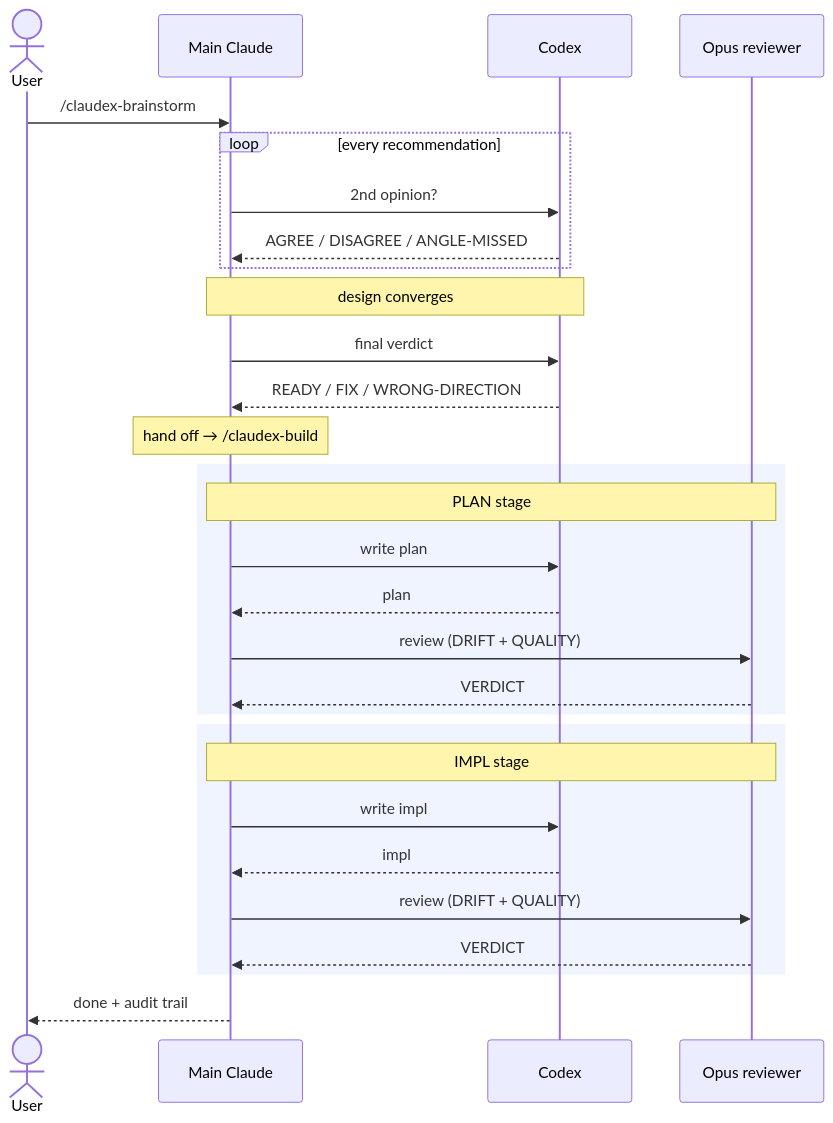
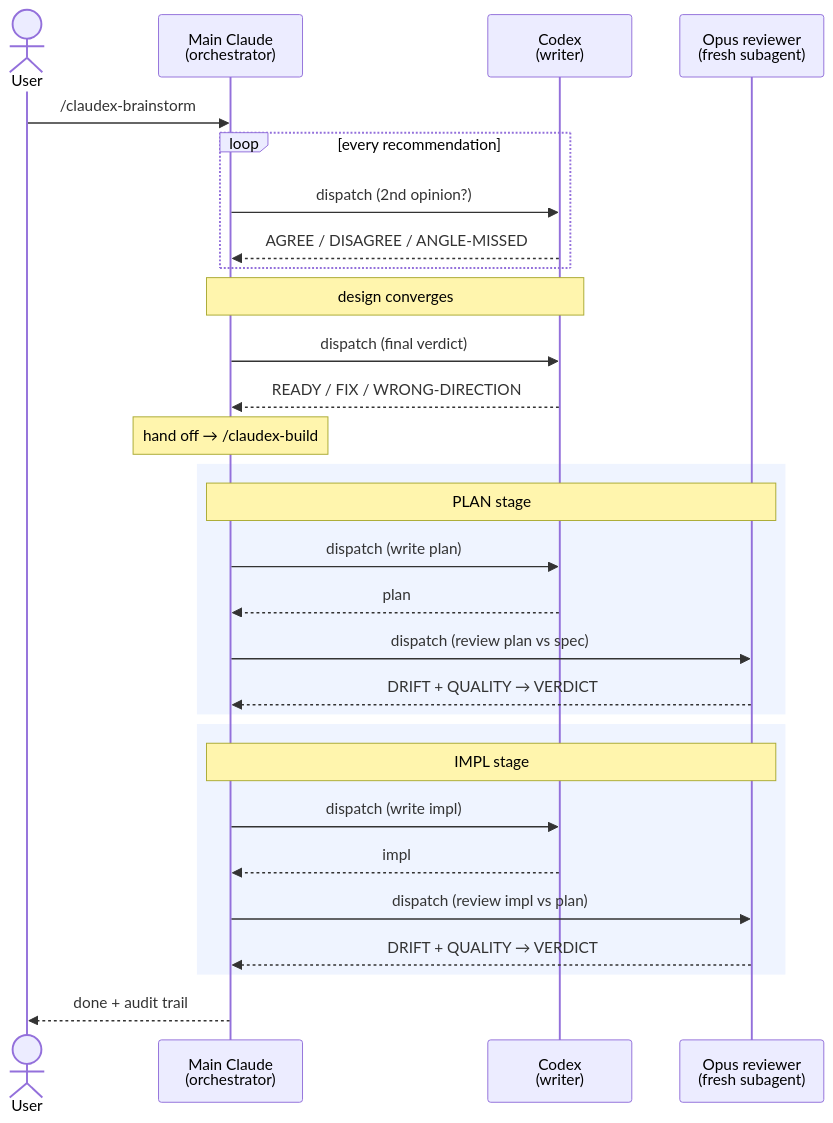
One commit to WillInvest/ClaudeX changed the first of 2 diagrams in README.md. Above: the diagram before and after it, drawn with Mermaid.

Commit message:
README: clarify dispatch pattern + reviewer return in sequence diagram
Three small clarifications on the headline sequence diagram so the
orchestrator pattern reads correctly without reference to the prose:

- Participant subtitles spell out the role split:
  Main Claude (orchestrator) / Codex (writer) / Opus (reviewer)
- Every message from Main Claude is now labeled "dispatch (...)"
  to emphasize that Main Claude orchestrates and never writes
  the artifact itself
- Reviewer return is now "DRIFT + QUALITY → VERDICT" instead of
  just "VERDICT" — surfaces the substantive content the reviewer
  produces (the verdict is a consequence, not the artifact)
- Review steps now name their source: "review plan vs spec" /
  "review impl vs plan", matching the actual DRIFT computation

````diff
--- a/README.md
+++ b/README.md
@@ -25,34 +25,34 @@
 ```mermaid
 sequenceDiagram
     actor U as User
-    participant C as Main Claude
-    participant X as Codex
-    participant O as Opus reviewer
+    participant C as Main Claude<br/>(orchestrator)
+    participant X as Codex<br/>(writer)
+    participant O as Opus reviewer<br/>(fresh subagent)
 
     U->>C: /claudex-brainstorm
     loop every recommendation
-        C->>X: 2nd opinion?
+        C->>X: dispatch (2nd opinion?)
         X-->>C: AGREE / DISAGREE / ANGLE-MISSED
     end
     Note over C,X: design converges
-    C->>X: final verdict
+    C->>X: dispatch (final verdict)
     X-->>C: READY / FIX / WRONG-DIRECTION
     Note over C: hand off → /claudex-build
 
     rect rgba(60,120,255,0.08)
         Note over C,O: PLAN stage
-        C->>X: write plan
+        C->>X: dispatch (write plan)
         X-->>C: plan
-        C->>O: review (DRIFT + QUALITY)
-        O-->>C: VERDICT
+        C->>O: dispatch (review plan vs spec)
+        O-->>C: DRIFT + QUALITY → VERDICT
     end
     rect rgba(60,120,255,0.08)
         Note over C,O: IMPL stage
-        C->>X: write impl
+        C->>X: dispatch (write impl)
         X-->>C: impl
-        C->>O: review (DRIFT + QUALITY)
-        O-->>C: VERDICT
+        C->>O: dispatch (review impl vs plan)
+        O-->>C: DRIFT + QUALITY → VERDICT
     end
 
     C-->>U: done + audit trail
 ```
````
